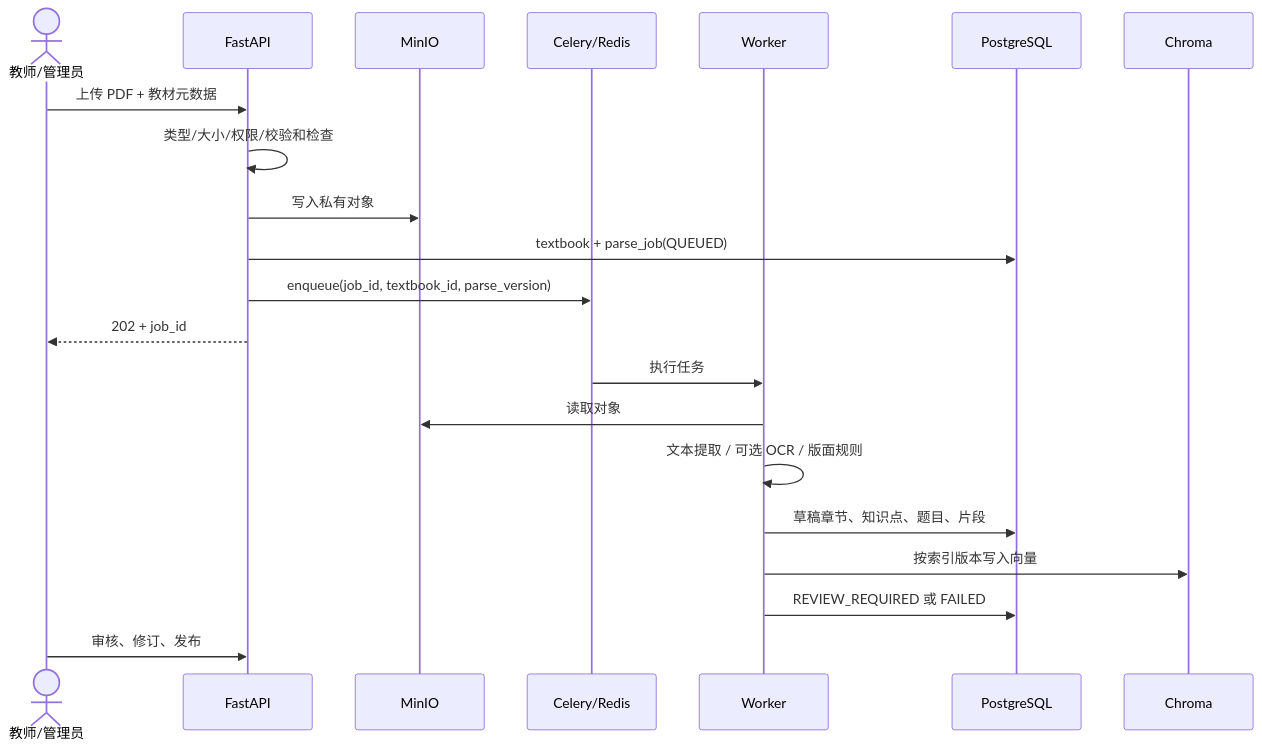
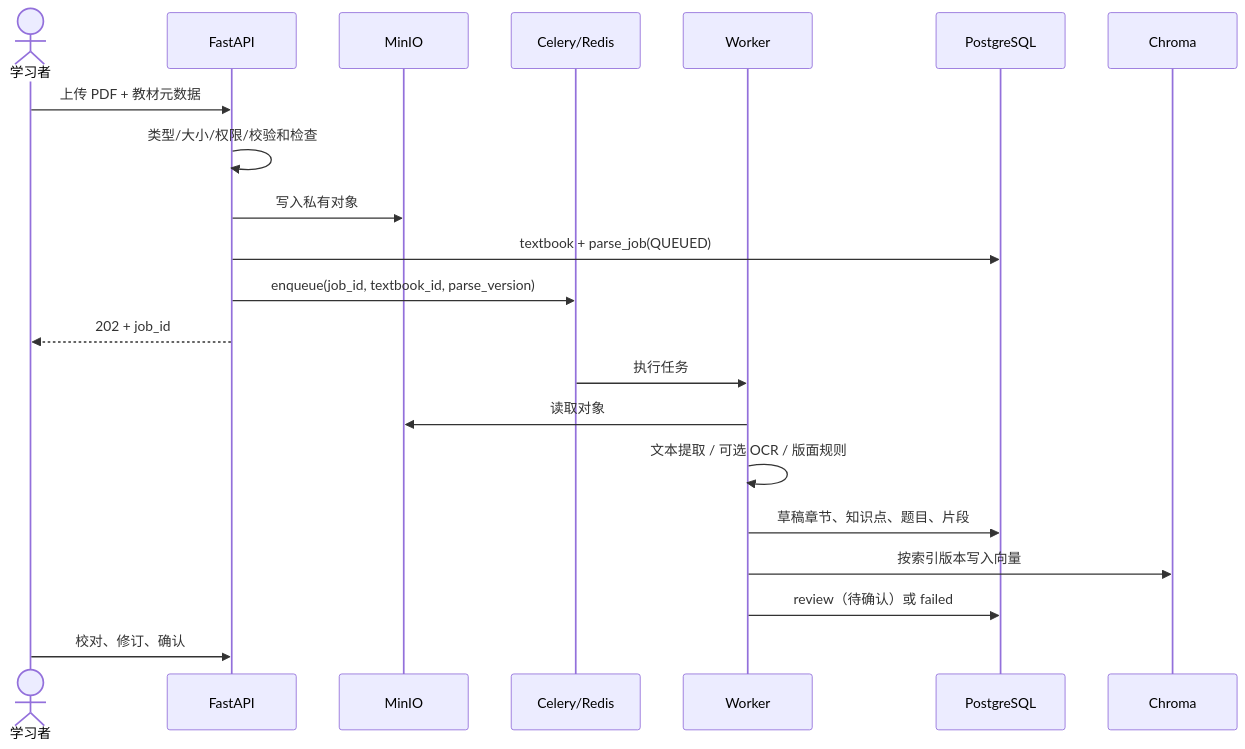
One commit to NongZY/zhitu-desktop changed the fourth of 5 diagrams in docs/ARCHITECTURE.md. Above: the diagram before and after it, drawn with Mermaid. The commit also changed other lines of this file and 112 other files, not shown here.

````diff
--- a/docs/ARCHITECTURE.md
+++ b/docs/ARCHITECTURE.md
@@ -149,24 +146,24 @@
 ```mermaid
 sequenceDiagram
-    actor T as 教师/管理员
+    actor L as 学习者
     participant API as FastAPI
     participant O as MinIO
     participant Q as Celery/Redis
     participant W as Worker
     participant DB as PostgreSQL
     participant V as Chroma
 
-    T->>API: 上传 PDF + 教材元数据
+    L->>API: 上传 PDF + 教材元数据
     API->>API: 类型/大小/权限/校验和检查
     API->>O: 写入私有对象
     API->>DB: textbook + parse_job(QUEUED)
     API->>Q: enqueue(job_id, textbook_id, parse_version)
-    API-->>T: 202 + job_id
+    API-->>L: 202 + job_id
     Q->>W: 执行任务
     W->>O: 读取对象
     W->>W: 文本提取 / 可选 OCR / 版面规则
     W->>DB: 草稿章节、知识点、题目、片段
     W->>V: 按索引版本写入向量
-    W->>DB: REVIEW_REQUIRED 或 FAILED
-    T->>API: 审核、修订、发布
+    W->>DB: review（待确认）或 failed
+    L->>API: 校对、修订、确认
 ```
````
